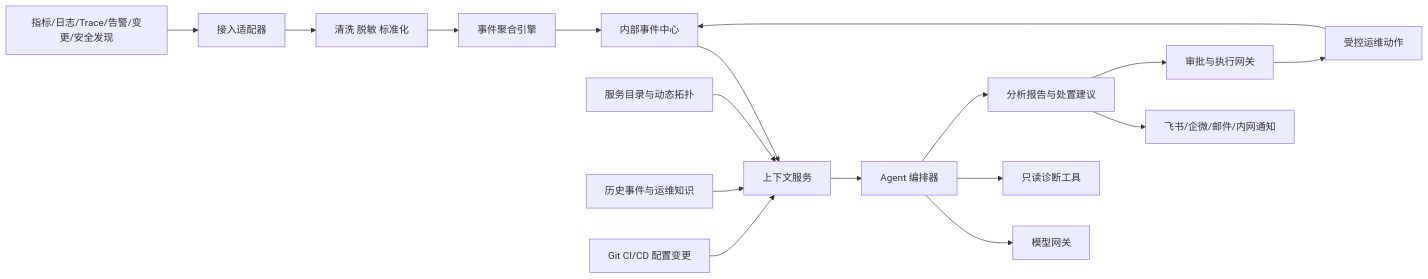
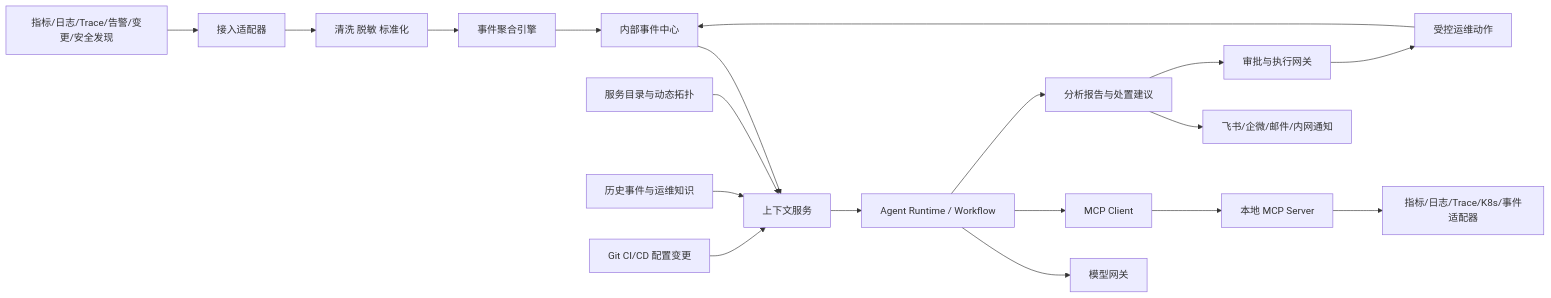
Before and after one commit to zdd-jgt/ai-ops-agent: the diagram in docs/01-target-architecture.md, drawn with Mermaid. The commit also changed other lines of this file and 16 other files, not shown here.

````diff
--- a/docs/01-target-architecture.md
+++ b/docs/01-target-architecture.md
@@ -25,19 +25,21 @@
 ```mermaid
 flowchart LR
     S[指标/日志/Trace/告警/变更/安全发现] --> I[接入适配器]
     I --> P[清洗 脱敏 标准化]
     P --> E[事件聚合引擎]
     E --> C[内部事件中心]
     C --> X[上下文服务]
     T[服务目录与动态拓扑] --> X
     H[历史事件与运维知识] --> X
     G[Git CI/CD 配置变更] --> X
-    X --> A[Agent 编排器]
+    X --> A[Agent Runtime / Workflow]
     A --> M[模型网关]
-    A --> R[只读诊断工具]
+    A --> MC[MCP Client]
+    MC --> MS[本地 MCP Server]
+    MS --> R[指标/日志/Trace/K8s/事件适配器]
     A --> O[分析报告与处置建议]
     O --> N[飞书/企微/邮件/内网通知]
     O --> W[审批与执行网关]
     W --> D[受控运维动作]
     D --> C
 ```
````
